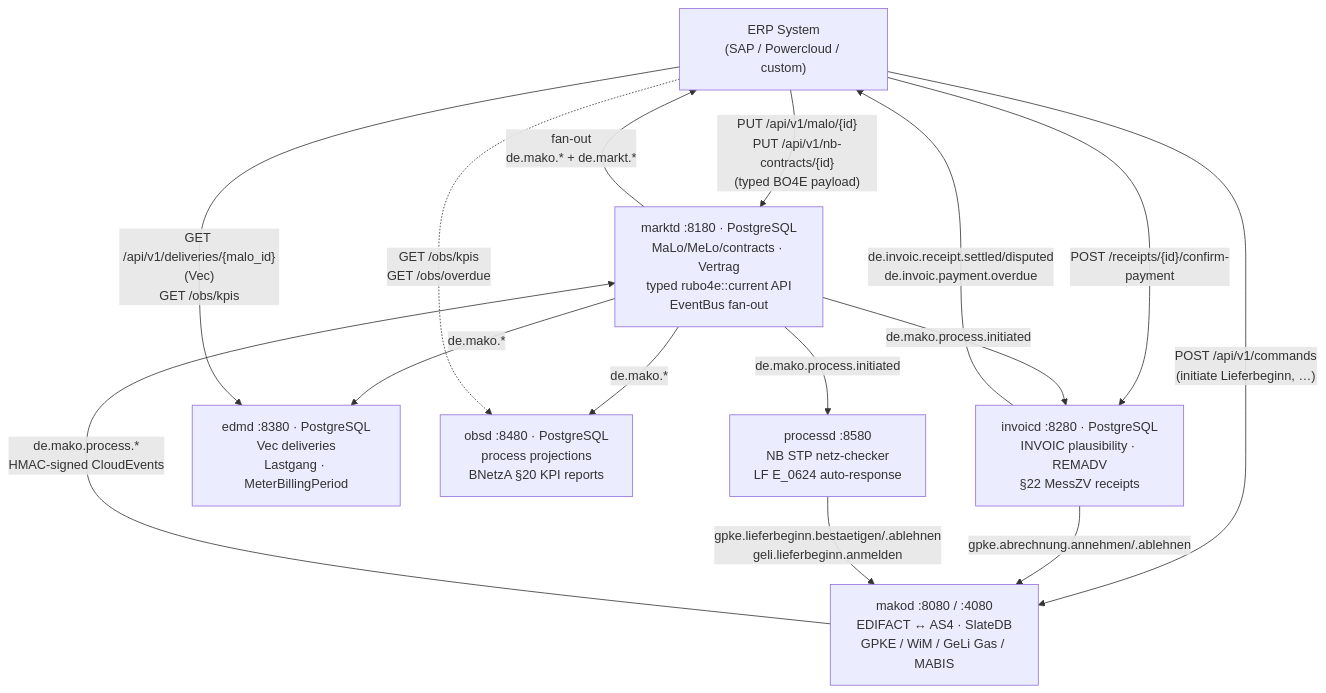
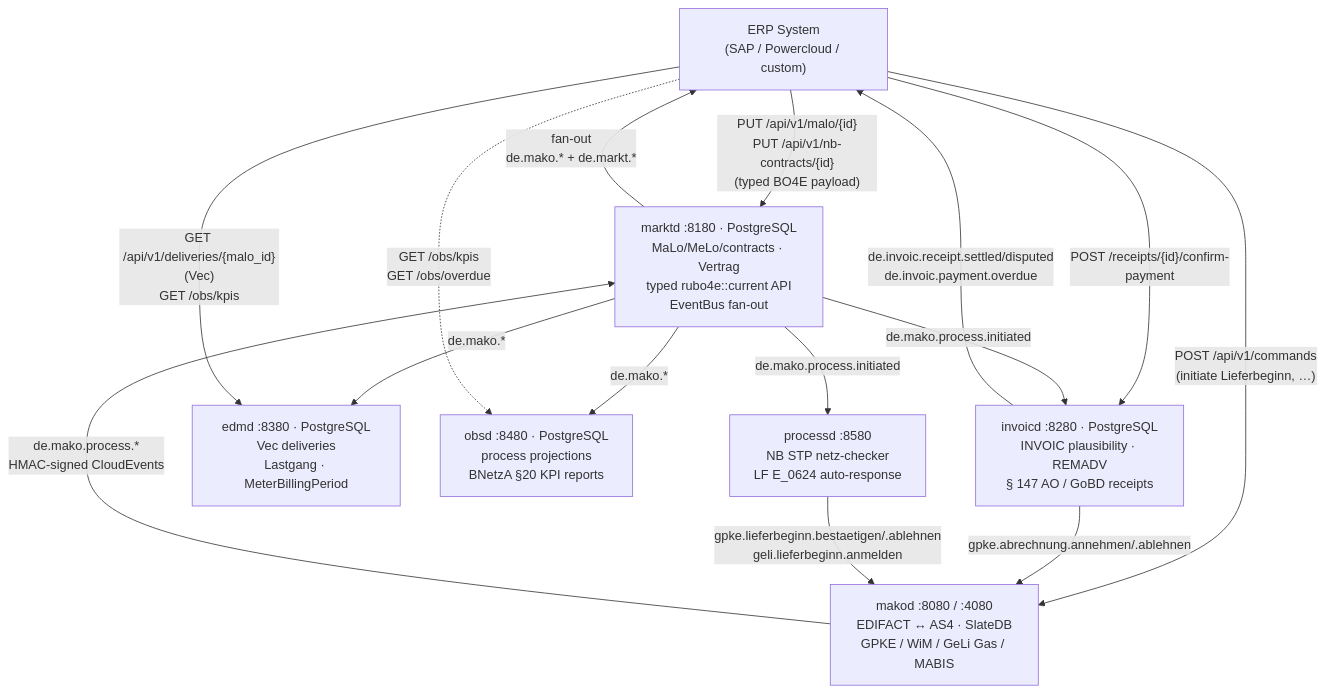
Before and after one commit to hupe1980/mako: the diagram in docs/erp-integration.md, drawn with Mermaid. The commit also changed other lines of this file and 118 other files, not shown here.

````diff
--- a/docs/erp-integration.md
+++ b/docs/erp-integration.md
@@ -172,28 +172,28 @@
 ```mermaid
 graph TB
     ERP["ERP System\n(SAP / Powercloud / custom)"]
     makod["makod :8080 / :4080\nEDIFACT ↔ AS4 · SlateDB\nGPKE / WiM / GeLi Gas / MABIS"]
     marktd["marktd :8180 · PostgreSQL\nMaLo/MeLo/contracts · Vertrag\ntyped rubo4e::current API\nEventBus fan-out"]
-    invoicd["invoicd :8280 · PostgreSQL\nINVOIC plausibility · REMADV\n§22 MessZV receipts"]
+    invoicd["invoicd :8280 · PostgreSQL\nINVOIC plausibility · REMADV\n§ 147 AO / GoBD receipts"]
     edmd["edmd :8380 · PostgreSQL\nVec<Energiemenge> deliveries\nLastgang · MeterBillingPeriod"]
     obsd["obsd :8480 · PostgreSQL\nprocess projections\nBNetzA §20 KPI reports"]
     processd["processd :8580\nNB STP netz-checker\nLF E_0624 auto-response"]
 
     ERP -->|"PUT /api/v1/malo/{id}\nPUT /api/v1/nb-contracts/{id}\n(typed BO4E payload)"| marktd
     ERP -->|"POST /api/v1/commands\n(initiate Lieferbeginn, …)"| makod
     ERP -->|"POST /receipts/{id}/confirm-payment"| invoicd
 
     makod -->|"de.mako.process.*\nHMAC-signed CloudEvents"| marktd
     marktd -->|"fan-out\nde.mako.* + de.markt.*"| ERP
     marktd -->|"de.mako.process.initiated"| invoicd
     marktd -->|"de.mako.process.initiated"| processd
     marktd -->|"de.mako.*"| edmd
     marktd -->|"de.mako.*"| obsd
 
     invoicd -->|"de.invoic.receipt.settled/disputed\nde.invoic.payment.overdue"| ERP
     invoicd -->|"gpke.abrechnung.annehmen/.ablehnen"| makod
     processd -->|"gpke.lieferbeginn.bestaetigen/.ablehnen\ngeli.lieferbeginn.anmelden"| makod
 
     ERP -->|"GET /api/v1/deliveries/{malo_id}\n(Vec<Energiemenge>)\nGET /obs/kpis"| edmd
     ERP -.->|"GET /obs/kpis\nGET /obs/overdue"| obsd
 ```
````
